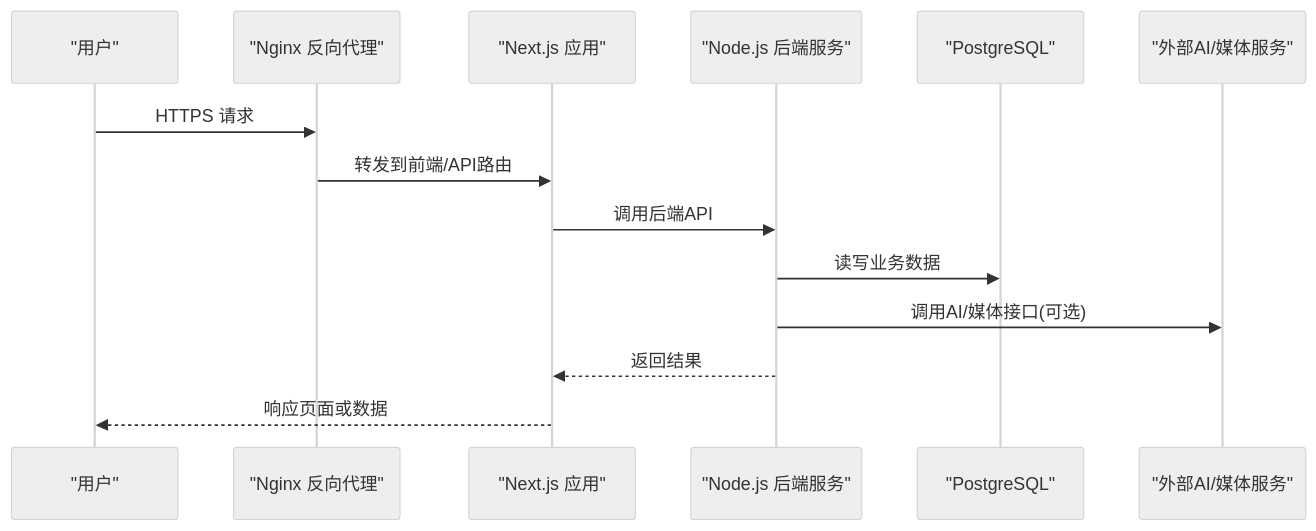
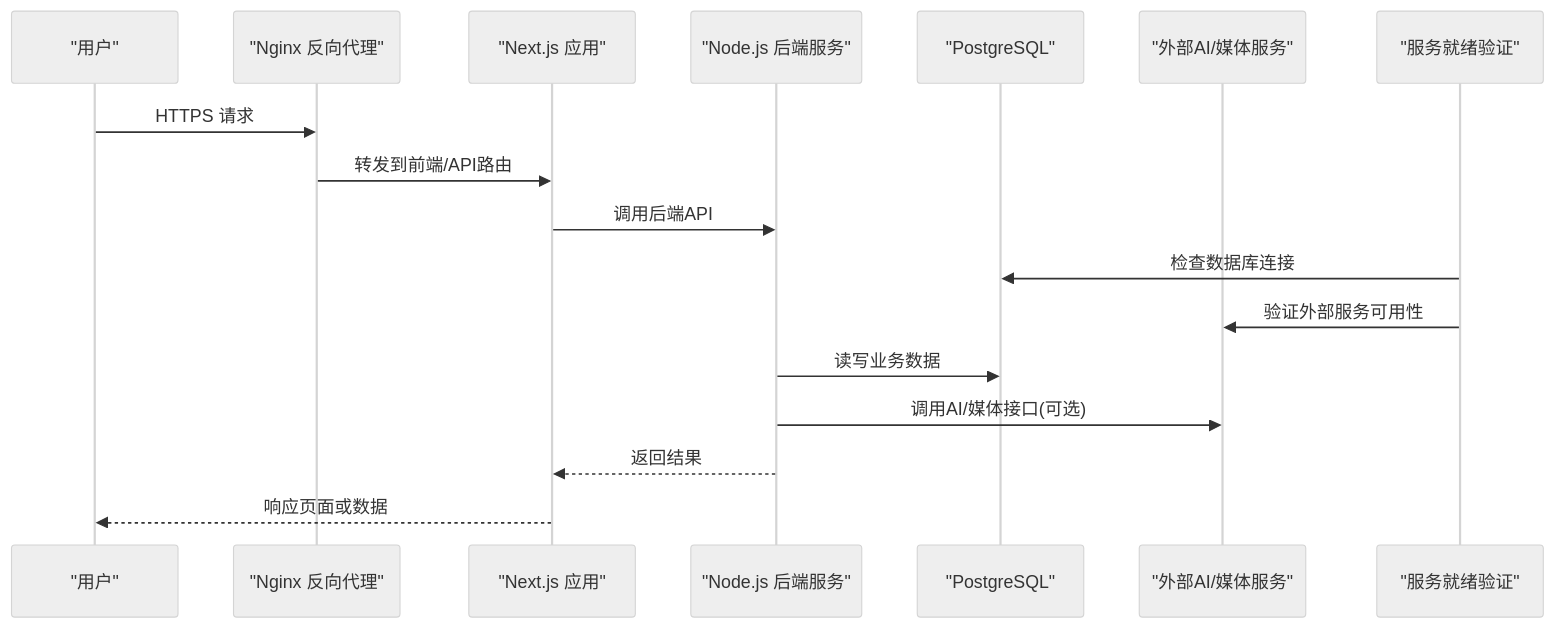
Before and after one commit to scottcwy/PurpleInk: the second of 3 diagrams in .qoder/repowiki/zh/content/部署指南/部署指南.md, drawn with Mermaid (neutral theme). The commit also changed other lines of this file and 48 other files, not shown here.

````diff
--- a/.qoder/repowiki/zh/content/部署指南/部署指南.md
+++ b/.qoder/repowiki/zh/content/部署指南/部署指南.md
@@ -119,16 +133,19 @@
 ```mermaid
 sequenceDiagram
 participant U as "用户"
 participant N as "Nginx 反向代理"
 participant NX as "Next.js 应用"
 participant SV as "Node.js 后端服务"
 participant DB as "PostgreSQL"
 participant EXT as "外部AI/媒体服务"
+participant V as "服务就绪验证"
 U->>N : HTTPS 请求
 N->>NX : 转发到前端/API路由
 NX->>SV : 调用后端API
+V->>DB : 检查数据库连接
+V->>EXT : 验证外部服务可用性
 SV->>DB : 读写业务数据
 SV->>EXT : 调用AI/媒体接口(可选)
 SV-->>NX : 返回结果
 NX-->>U : 响应页面或数据
 ```
````
